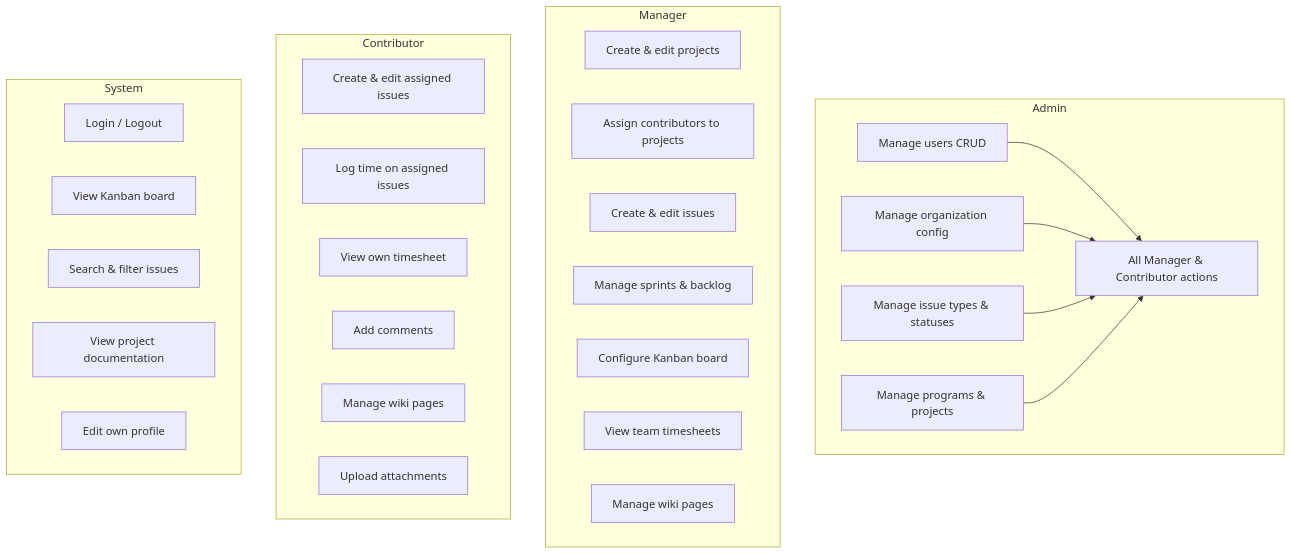
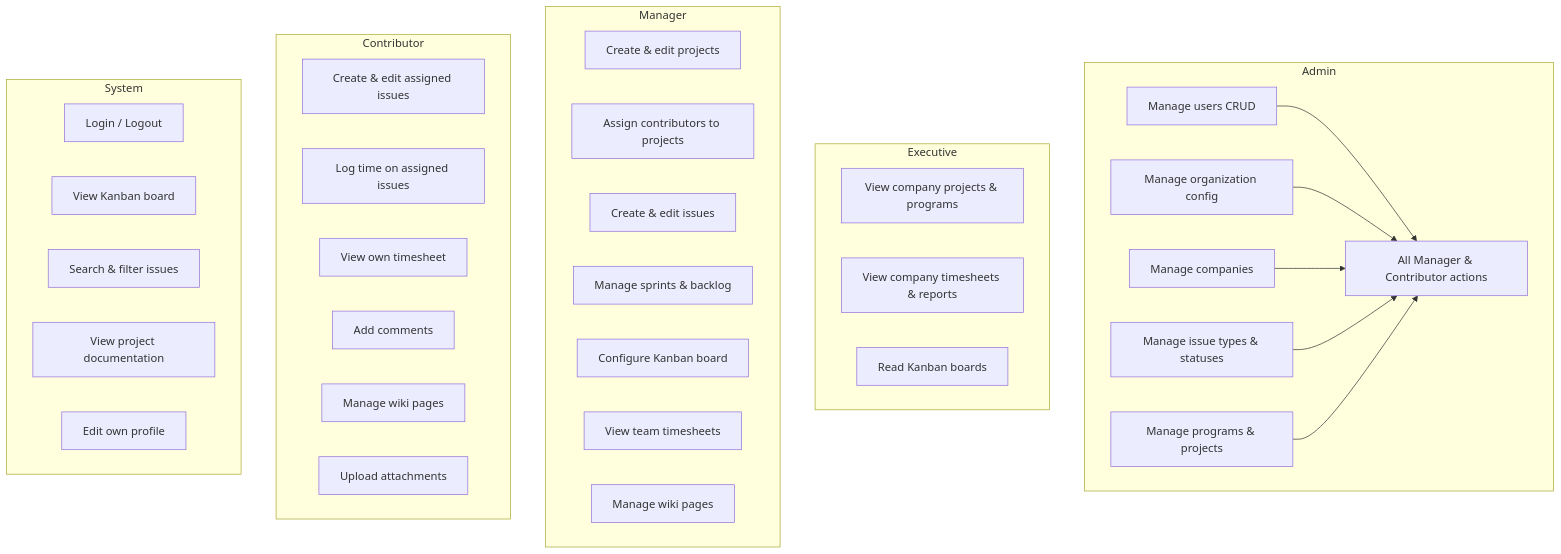
One commit to rezzix/jari changed the second of 7 diagrams in docs/uml-diagrams.md. Above: the diagram before and after it, drawn with Mermaid. The commit also changed other lines of this file and 69 other files, not shown here.

First line of the commit message:
Add external users, company cards, org footer, phases, and programs

````diff
--- a/docs/uml-diagrams.md
+++ b/docs/uml-diagrams.md
@@ -167,42 +212,50 @@
 ```mermaid
 flowchart TB
     subgraph Admin
         A1[Manage users CRUD]
         A2[Manage organization config]
-        A3[Manage issue types & statuses]
-        A4[Manage programs & projects]
-        A5[All Manager & Contributor actions]
+        A3[Manage companies]
+        A4[Manage issue types & statuses]
+        A5[Manage programs & projects]
+        A6[All Manager & Contributor actions]
+    end
+
+    subgraph Executive
+        E1[View company projects & programs]
+        E2[View company timesheets & reports]
+        E3[Read Kanban boards]
     end
 
     subgraph Manager
         M1[Create & edit projects]
         M2[Assign contributors to projects]
         M3[Create & edit issues]
         M4[Manage sprints & backlog]
         M5[Configure Kanban board]
         M6[View team timesheets]
         M7[Manage wiki pages]
     end
 
     subgraph Contributor
         C1[Create & edit assigned issues]
         C2[Log time on assigned issues]
         C3[View own timesheet]
         C4[Add comments]
         C5[Manage wiki pages]
         C6[Upload attachments]
     end
 
     subgraph System
         S1[Login / Logout]
         S2[View Kanban board]
         S3[Search & filter issues]
         S4[View project documentation]
         S5[Edit own profile]
     end
 
-    A1 & A2 & A3 & A4 --> A5
+    A1 & A2 & A3 & A4 & A5 --> A6
+    E1 & E2 & E3
     M1 & M2 & M3 & M4 & M5 & M6 & M7
     C1 & C2 & C3 & C4 & C5 & C6
     S1 & S2 & S3 & S4 & S5
 ```
````
